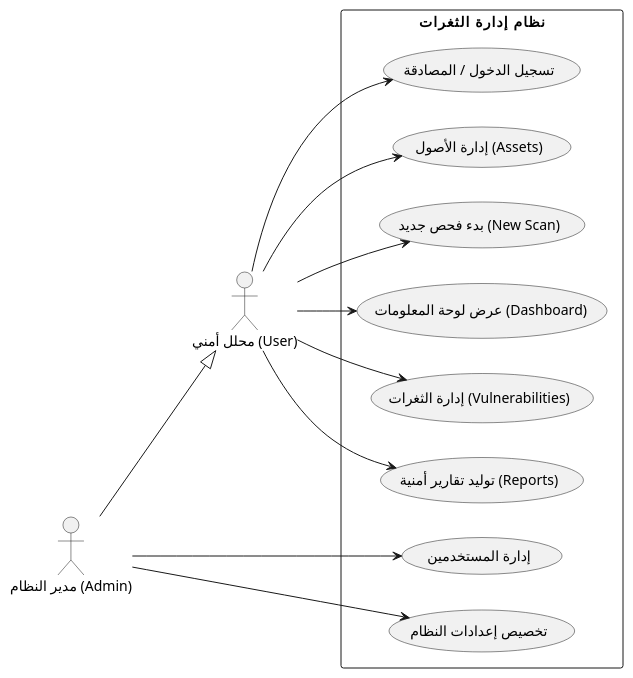
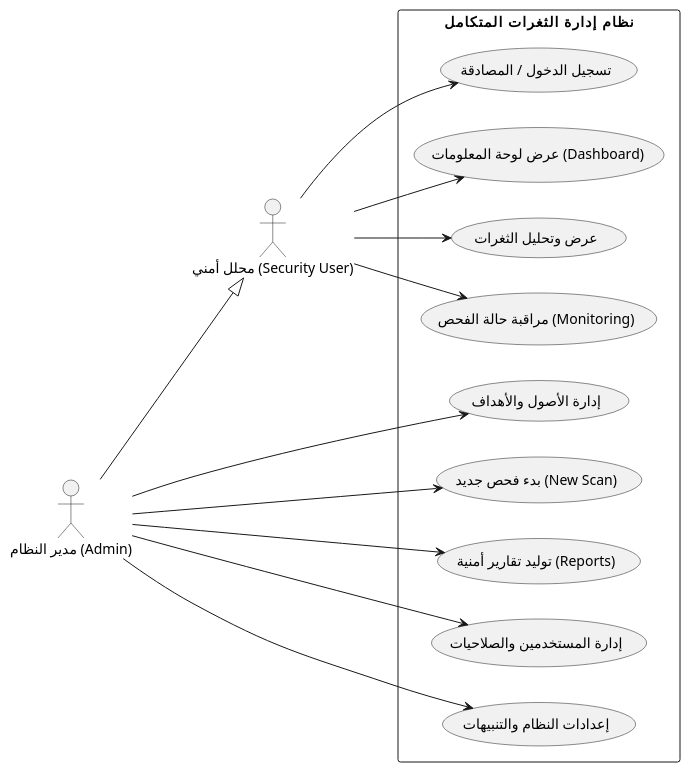
The diagram in diagrams/use_case.puml (ghram210/vuln-managerno), drawn with PlantUML before and after one commit. The commit also changed 5 other files, not shown here.

First line of the commit message:
docs: update intelligence pipeline rules and use case diagram roles

```diff
--- a/diagrams/use_case.puml
+++ b/diagrams/use_case.puml
@@ -1,30 +1,35 @@
 @startuml
 left to right direction
 skinparam packageStyle rectangle
 
-actor "محلل أمني (User)" as user
+actor "محلل أمني (Security User)" as user
 actor "مدير النظام (Admin)" as admin
 
-rectangle "نظام إدارة الثغرات" {
+rectangle "نظام إدارة الثغرات المتكامل" {
     usecase "تسجيل الدخول / المصادقة" as login
-    usecase "إدارة الأصول (Assets)" as manage_assets
+    usecase "عرض لوحة المعلومات (Dashboard)" as view_dashboard
+    usecase "عرض وتحليل الثغرات" as view_vulns
+    usecase "مراقبة حالة الفحص (Monitoring)" as monitor_scans
+
+    usecase "إدارة الأصول والأهداف" as manage_assets
     usecase "بدء فحص جديد (New Scan)" as start_scan
-    usecase "عرض لوحة المعلومات (Dashboard)" as view_dashboard
-    usecase "إدارة الثغرات (Vulnerabilities)" as manage_vulns
     usecase "توليد تقارير أمنية (Reports)" as generate_reports
-    usecase "إدارة المستخدمين" as manage_users
-    usecase "تخصيص إعدادات النظام" as system_settings
+    usecase "إدارة المستخدمين والصلاحيات" as manage_users
+    usecase "إعدادات النظام والتنبيهات" as system_settings
 }
 
+' Security User Permissions (Read-Only)
 user --> login
-user --> manage_assets
-user --> start_scan
 user --> view_dashboard
-user --> manage_vulns
-user --> generate_reports
+user --> view_vulns
+user --> monitor_scans
 
+' Admin inherits from User and adds Management permissions
 admin --|> user
+admin --> manage_assets
+admin --> start_scan
+admin --> generate_reports
 admin --> manage_users
 admin --> system_settings
 
 @enduml
```
